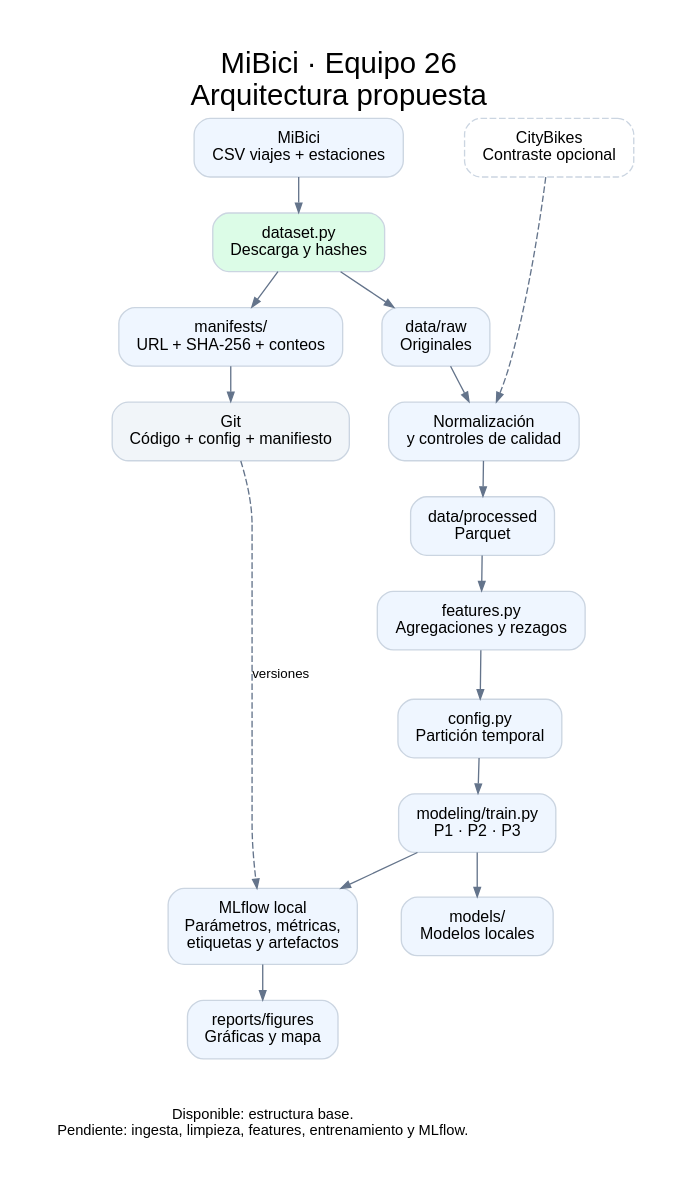
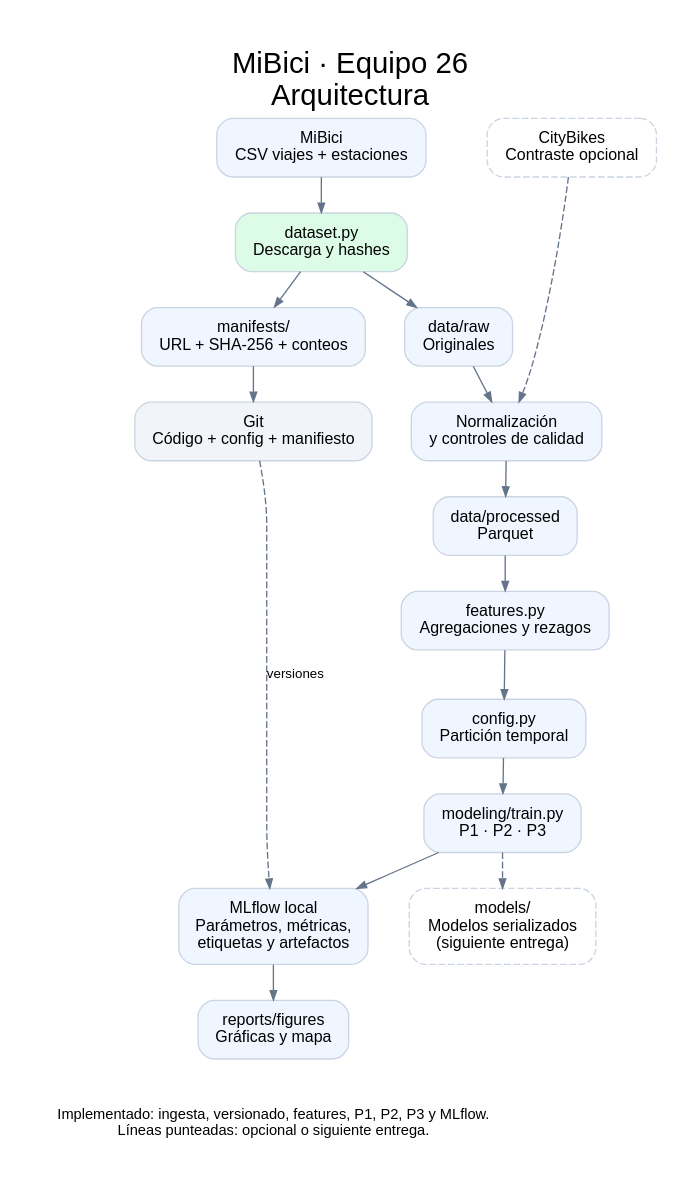
Before and after one commit to MNA-MLOps-Grupo26/TC5061-Proyecto-Equipo26: the diagram in references/arquitectura.dot, drawn with Graphviz. The commit also changed 15 other files, not shown here.

```diff
--- a/references/arquitectura.dot
+++ b/references/arquitectura.dot
@@ -1,48 +1,49 @@
 digraph MiBici {
  graph [rankdir=TB, bgcolor="white", pad="0.35", nodesep="0.4", ranksep="0.35", fontname="Arial", label="MiBici · Equipo 26
-Arquitectura propuesta", labelloc=t, fontsize=22];
+Arquitectura", labelloc=t, fontsize=22];
  node [shape=box, style="rounded,filled", color="#cbd5e1", fillcolor="#eff6ff", fontname="Arial", fontsize=12, margin="0.18,0.12"];
  edge [color="#64748b", arrowsize=0.7];
  source [label="MiBici
 CSV viajes + estaciones"];
  ingest [label="dataset.py
 Descarga y hashes", fillcolor="#dcfce7"];
  raw [label="data/raw
 Originales"];
  manifest [label="manifests/
 URL + SHA-256 + conteos"];
  clean [label="Normalización
 y controles de calidad"];
  parquet [label="data/processed
 Parquet"];
  feat [label="features.py
 Agregaciones y rezagos"];
  split [label="config.py
 Partición temporal"];
  train [label="modeling/train.py
 P1 · P2 · P3"];
  tracking [label="MLflow local
 Parámetros, métricas,
 etiquetas y artefactos"];
  models [label="models/
-Modelos locales"];
+Modelos serializados
+(siguiente entrega)", style="rounded,dashed", fillcolor="white"];
  figures [label="reports/figures
 Gráficas y mapa"];
  git [label="Git
 Código + config + manifiesto", fillcolor="#f1f5f9"];
  city [label="CityBikes
 Contraste opcional", style="rounded,dashed", fillcolor="white"];
  source -> ingest -> raw -> clean -> parquet -> feat -> split -> train -> tracking -> figures;
  ingest -> manifest;
- train -> models;
+ train -> models [style=dashed];
  manifest -> git;
  git -> tracking [style=dashed, label="versiones", fontname="Arial", fontsize=10];
  city -> clean [style=dashed];
- note [shape=plaintext, fillcolor="white", label="Disponible: estructura base.
-Pendiente: ingesta, limpieza, features, entrenamiento y MLflow.", fontsize=11];
+ note [shape=plaintext, fillcolor="white", label="Implementado: ingesta, versionado, features, P1, P2, P3 y MLflow.
+Líneas punteadas: opcional o siguiente entrega.", fontsize=11];
  {rank=same; source; city;}
  {rank=same; raw; manifest;}
  {rank=same; clean; git;}
  {rank=same; tracking; models;}
  figures -> note [style=invis];
 }
```
